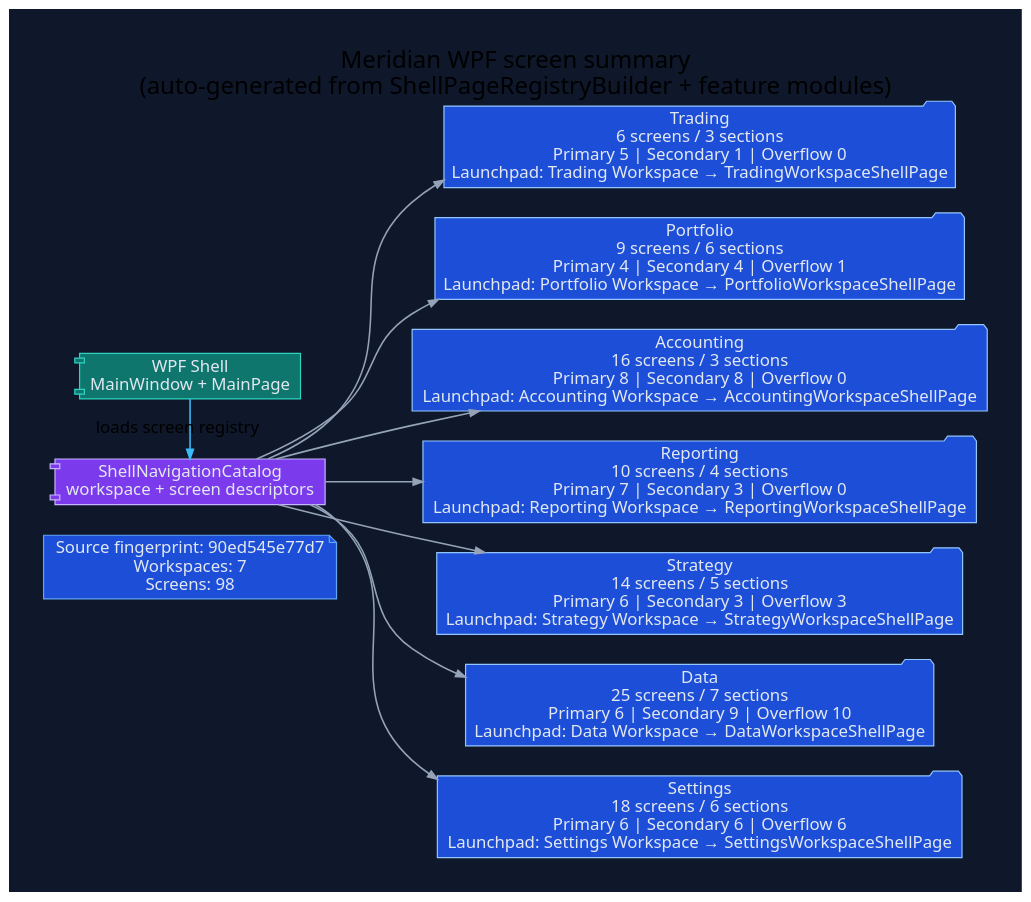
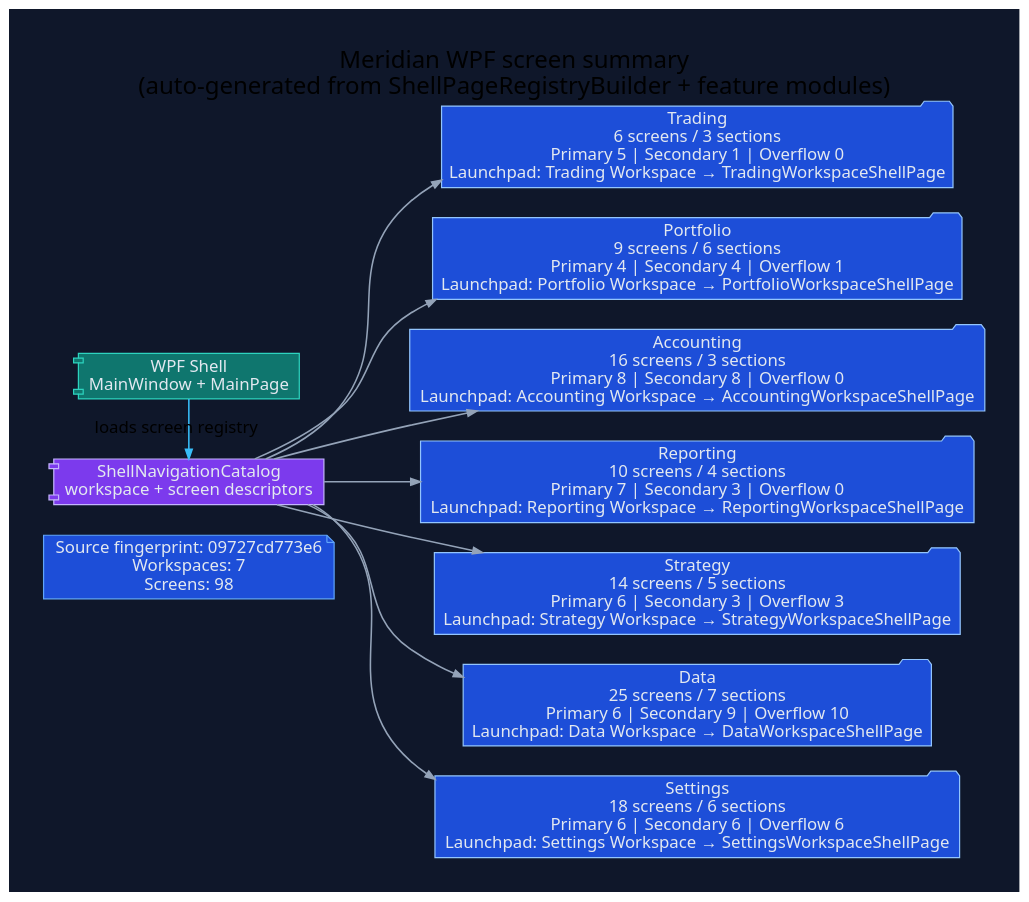
One commit to rodoHasArrived/Meridian-main changed the diagram in docs/diagrams/ui-wpf-screen-summary.dot. Above: the diagram before and after it, drawn with Graphviz. The commit also changed 120 other files, not shown here.

```diff
--- a/docs/diagrams/ui-wpf-screen-summary.dot
+++ b/docs/diagrams/ui-wpf-screen-summary.dot
@@ -1,42 +1,42 @@
 // -----------------------------------------------------------------------------
 // <auto-generated>
 // Generated by scripts/generate-diagrams.mjs.
 // Do not edit this file directly; update the WPF source files instead.
 // -----------------------------------------------------------------------------
 digraph WpfScreenSummary {
   graph [
     rankdir=LR,
     labelloc=t,
     label="Meridian WPF screen summary\n(auto-generated from ShellPageRegistryBuilder + feature modules)",
     fontname="Segoe UI",
     fontsize=20,
     pad=0.4,
     nodesep=0.35,
     ranksep=0.85,
     bgcolor="#0f172a"
   ];
   node [fontname="Segoe UI", shape=box, style="rounded,filled", color="#475569", fontcolor="#e2e8f0", fillcolor="#1e293b"];
   edge [fontname="Segoe UI", color="#94a3b8", penwidth=1.3, arrowsize=0.8];
 
-  generated [shape=note, fillcolor="#1d4ed8", color="#60a5fa", label="Source fingerprint: 90ed545e77d7\nWorkspaces: 7\nScreens: 98"];
+  generated [shape=note, fillcolor="#1d4ed8", color="#60a5fa", label="Source fingerprint: 09727cd773e6\nWorkspaces: 7\nScreens: 98"];
   shell [shape=component, fillcolor="#0f766e", color="#2dd4bf", label="WPF Shell\nMainWindow + MainPage"];
   catalog [shape=component, fillcolor="#7c3aed", color="#c4b5fd", label="ShellNavigationCatalog\nworkspace + screen descriptors"];
   shell -> catalog [label="loads screen registry", color="#38bdf8"];
 
   workspace_1 [shape=folder, fillcolor="#1d4ed8", color="#93c5fd", label="Trading\n6 screens / 3 sections\nPrimary 5 | Secondary 1 | Overflow 0\nLaunchpad: Trading Workspace → TradingWorkspaceShellPage"];
   catalog -> workspace_1;
   workspace_2 [shape=folder, fillcolor="#1d4ed8", color="#93c5fd", label="Portfolio\n9 screens / 6 sections\nPrimary 4 | Secondary 4 | Overflow 1\nLaunchpad: Portfolio Workspace → PortfolioWorkspaceShellPage"];
   catalog -> workspace_2;
   workspace_3 [shape=folder, fillcolor="#1d4ed8", color="#93c5fd", label="Accounting\n16 screens / 3 sections\nPrimary 8 | Secondary 8 | Overflow 0\nLaunchpad: Accounting Workspace → AccountingWorkspaceShellPage"];
   catalog -> workspace_3;
   workspace_4 [shape=folder, fillcolor="#1d4ed8", color="#93c5fd", label="Reporting\n10 screens / 4 sections\nPrimary 7 | Secondary 3 | Overflow 0\nLaunchpad: Reporting Workspace → ReportingWorkspaceShellPage"];
   catalog -> workspace_4;
   workspace_5 [shape=folder, fillcolor="#1d4ed8", color="#93c5fd", label="Strategy\n14 screens / 5 sections\nPrimary 6 | Secondary 3 | Overflow 3\nLaunchpad: Strategy Workspace → StrategyWorkspaceShellPage"];
   catalog -> workspace_5;
   workspace_6 [shape=folder, fillcolor="#1d4ed8", color="#93c5fd", label="Data\n25 screens / 7 sections\nPrimary 6 | Secondary 9 | Overflow 10\nLaunchpad: Data Workspace → DataWorkspaceShellPage"];
   catalog -> workspace_6;
   workspace_7 [shape=folder, fillcolor="#1d4ed8", color="#93c5fd", label="Settings\n18 screens / 6 sections\nPrimary 6 | Secondary 6 | Overflow 6\nLaunchpad: Settings Workspace → SettingsWorkspaceShellPage"];
   catalog -> workspace_7;
 
   { rank=min; generated; shell; catalog; }
 }
```
